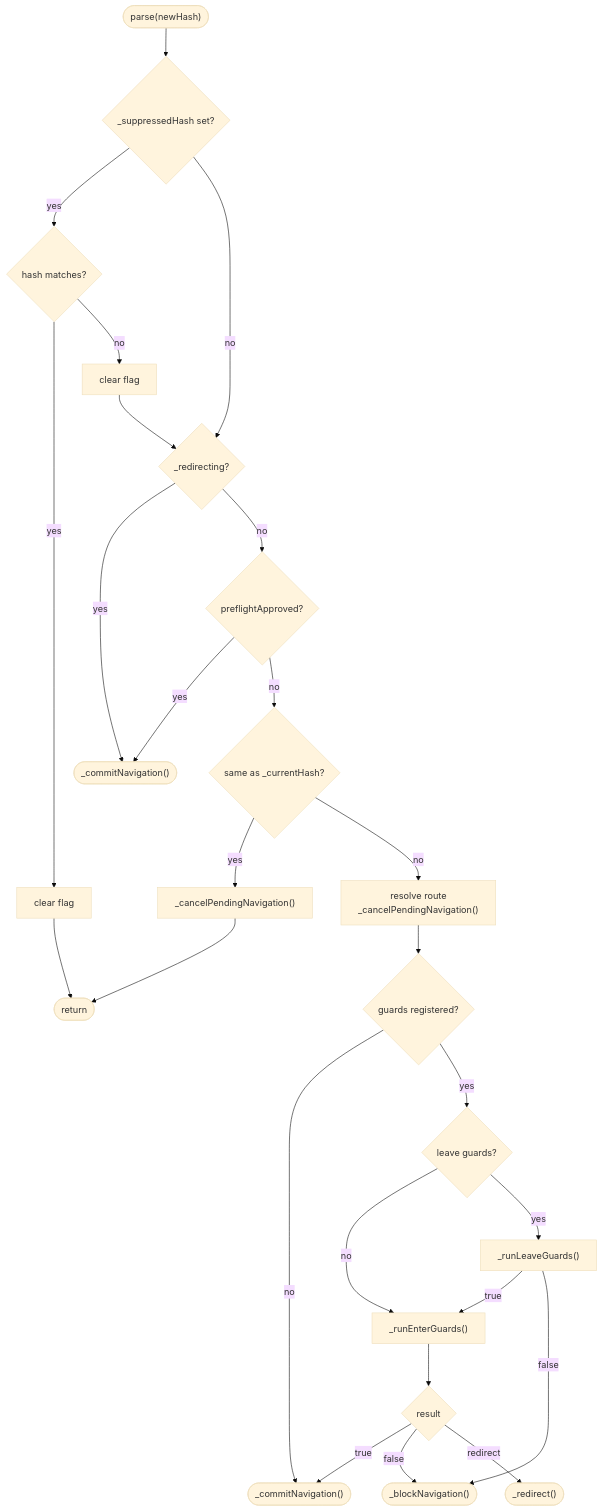
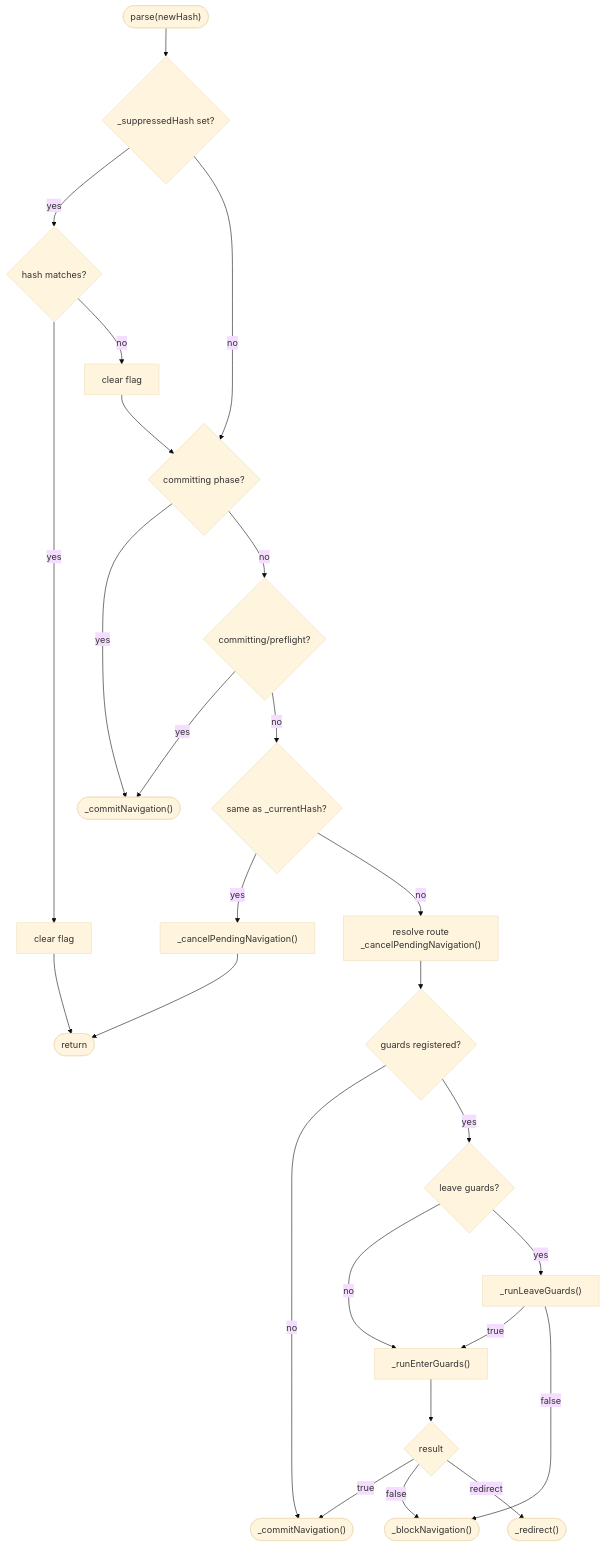
The first of 4 diagrams in docs/reference/architecture.md (wridgeu/ui5-lib-guard-router), drawn with Mermaid (base theme) before and after one commit. The commit also changed other lines of this file and 8 other files, not shown here.

````diff
--- a/docs/reference/architecture.md
+++ b/docs/reference/architecture.md
@@ -163,29 +163,29 @@
 ```mermaid
 flowchart TD
     start(["parse(newHash)"]) --> suppress{_suppressedHash set?}
     suppress -- "yes" --> smatch{hash matches?}
     smatch -- "yes" --> sclear["clear flag"] --> ret(["return"])
     smatch -- "no" --> sclear2["clear flag"] --> redir
-    suppress -- "no" --> redir{_redirecting?}
+    suppress -- "no" --> redir{committing phase?}
     redir -- "yes" --> bypass(["_commitNavigation()"])
-    redir -- "no" --> preflight{preflightApproved?}
+    redir -- "no" --> preflight{committing/preflight?}
     preflight -- "yes" --> bypass
     preflight -- "no" --> samehash{same as _currentHash?}
     samehash -- "yes" --> canceldup["_cancelPendingNavigation()"] --> ret
     samehash -- "no" --> setup["resolve route<br/>_cancelPendingNavigation()"]
 
     setup --> guards{guards registered?}
     guards -- "no" --> commit(["_commitNavigation()"])
     guards -- "yes" --> leave
 
     leave{leave guards?}
     leave -- "no" --> enter
     leave -- "yes" --> runleave["_runLeaveGuards()"]
     runleave -- "true" --> enter["_runEnterGuards()"]
     runleave -- "false" --> block
 
     enter --> result{result}
     result -- "true" --> commit
     result -- "false" --> block(["_blockNavigation()"])
     result -- "redirect" --> redirect(["_redirect()"])
 ```
````
